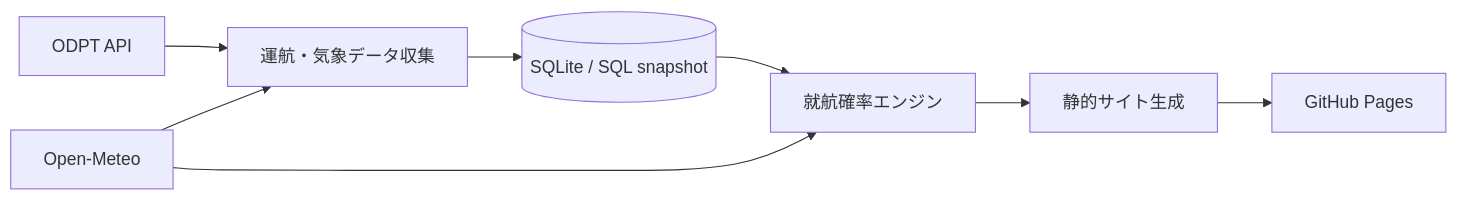
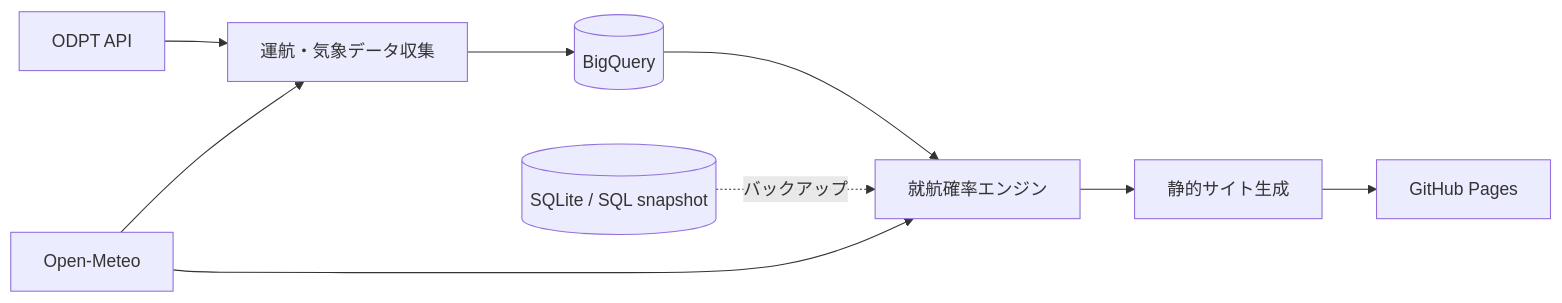
One commit to toyo1621/8jo-flight-forecast-bot changed the diagram in README.md. Above: the diagram before and after it, drawn with Mermaid. The commit also changed other lines of this file and 2 other files, not shown here.

````diff
--- a/README.md
+++ b/README.md
@@ -26,10 +27,11 @@
 ```mermaid
 flowchart LR
     O[ODPT API] --> C[運航・気象データ収集]
     M[Open-Meteo] --> C
-    C --> S[(SQLite / SQL snapshot)]
-    S --> P[就航確率エンジン]
+    C --> Q[(BigQuery)]
+    Q --> P[就航確率エンジン]
+    S[(SQLite / SQL snapshot)] -. バックアップ .-> P
     M --> P
     P --> B[静的サイト生成]
     B --> G[GitHub Pages]
 ```
````
